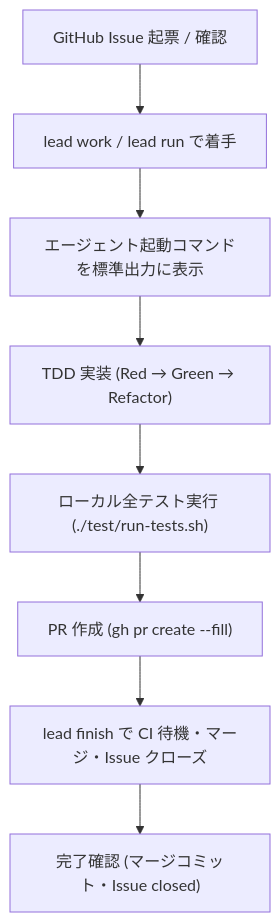
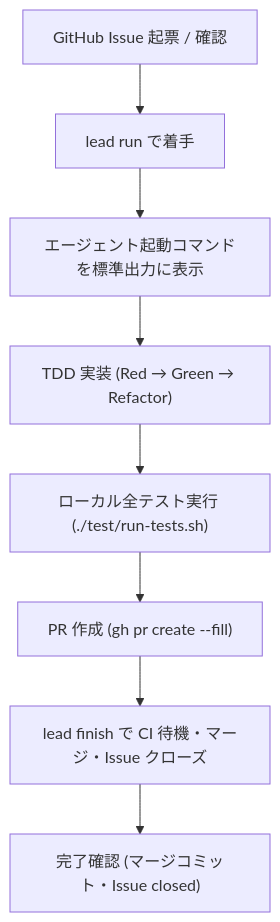
The diagram in docs/selfhost.md (kuwa72/lead-cli), drawn with Mermaid before and after one commit. The commit also changed other lines of this file and 25 other files, not shown here.

First line of the commit message:
refactor(cli): 隠しエイリアス 'lead work' を削除し、全参照を 'lead run' に統一する (#237)

````diff
--- a/docs/selfhost.md
+++ b/docs/selfhost.md
@@ -23,10 +23,10 @@
 ```mermaid
 flowchart TD
-    A["GitHub Issue 起票 / 確認"] --> B["lead work / lead run で着手"]
+    A["GitHub Issue 起票 / 確認"] --> B["lead run で着手"]
     B --> C["エージェント起動コマンドを標準出力に表示"]
     C --> D["TDD 実装 (Red → Green → Refactor)"]
     D --> E["ローカル全テスト実行 (./test/run-tests.sh)"]
     E --> F["PR 作成 (gh pr create --fill)"]
     F --> G["lead finish で CI 待機・マージ・Issue クローズ"]
     G --> H["完了確認 (マージコミット・Issue closed)"]
 ```
````
